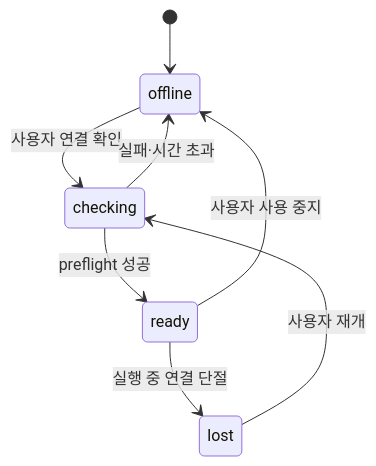
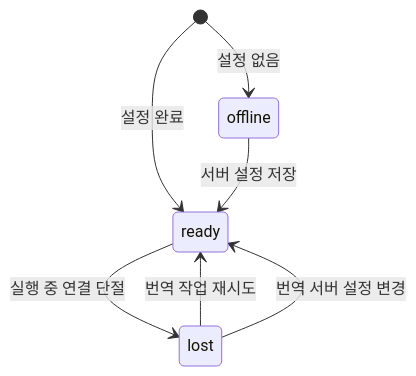
The fourth of 5 diagrams in docs/backend-refactoring-analysis.md (blackark87/stt-to-subtitle), drawn with Mermaid before and after one commit. The commit also changed other lines of this file and 11 other files, not shown here.

````diff
--- a/docs/backend-refactoring-analysis.md
+++ b/docs/backend-refactoring-analysis.md
@@ -225,10 +225,9 @@
 ```mermaid
 stateDiagram-v2
-    [*] --> offline
-    offline --> checking: 사용자 연결 확인
-    checking --> ready: preflight 성공
-    checking --> offline: 실패·시간 초과
+    [*] --> ready: 설정 완료
     ready --> lost: 실행 중 연결 단절
-    lost --> checking: 사용자 재개
-    ready --> offline: 사용자 사용 중지
+    lost --> ready: 번역 작업 재시도
+    lost --> ready: 번역 서버 설정 변경
+    [*] --> offline: 설정 없음
+    offline --> ready: 서버 설정 저장
 ```
````
